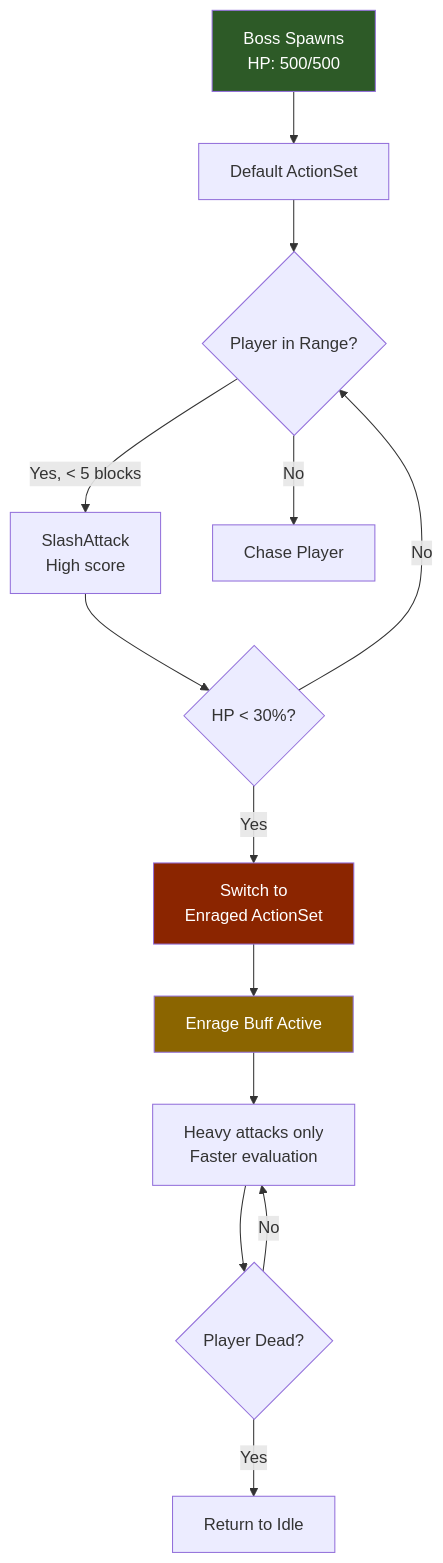
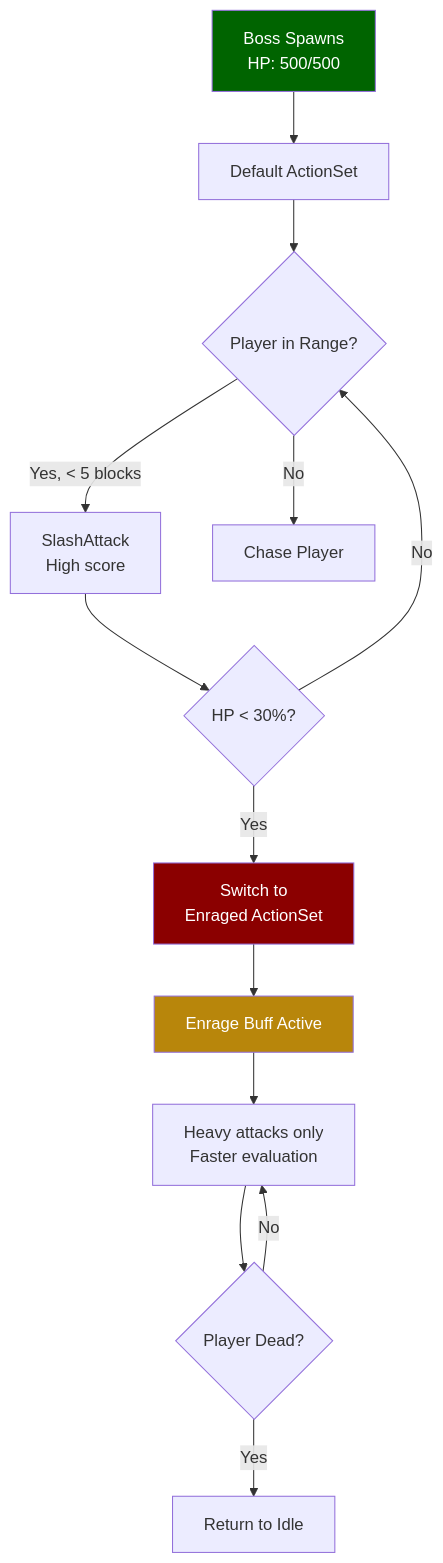
The second of 2 diagrams in src/content/docs/tutorials/showcase/dude-vs-dungeon.md (nevesb/hytale-modding-docs), drawn with Mermaid before and after one commit. The commit also changed other lines of this file and 34 other files, not shown here.

````diff
--- a/src/content/docs/tutorials/showcase/dude-vs-dungeon.md
+++ b/src/content/docs/tutorials/showcase/dude-vs-dungeon.md
@@ -151,21 +151,21 @@
 ```mermaid
-flowchart TD
+flowchart TD;
     A["Boss Spawns<br/>HP: 500/500"] --> B[Default ActionSet]
     B --> C{Player in Range?}
     C -->|"Yes, < 5 blocks"| D["SlashAttack<br/>High score"]
     C -->|"No"| E[Chase Player]
 
     D --> F{"HP < 30%?"}
     F -->|"No"| C
     F -->|"Yes"| G["Switch to<br/>Enraged ActionSet"]
 
     G --> H[Enrage Buff Active]
     H --> I["Heavy attacks only<br/>Faster evaluation"]
     I --> J{Player Dead?}
     J -->|"No"| I
     J -->|"Yes"| K[Return to Idle]
 
-    style A fill:#2d5a27,color:#fff
-    style G fill:#8b2500,color:#fff
-    style H fill:#8b6500,color:#fff
+    style A fill:darkgreen,color:white
+    style G fill:darkred,color:white
+    style H fill:darkgoldenrod,color:white
 ```
````
